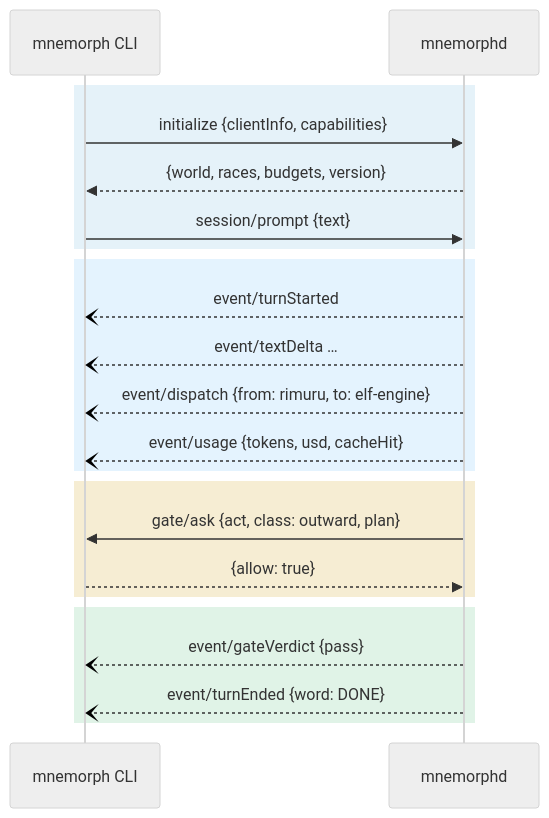
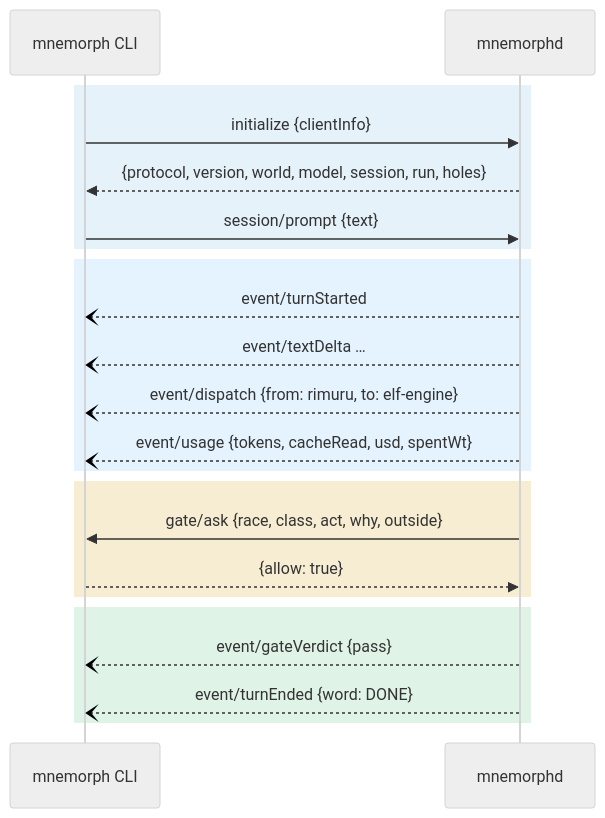
Before and after one commit to Kaginari/mnemorph: the fourth of 4 diagrams in docs/04-communication.md, drawn with Mermaid. The commit also changed other lines of this file and 3 other files, not shown here.

Commit message:
server: leaving releases the gate and drops the queue, the process ends on shutdown, seq in wire order, notifications unanswered, batches refused, a failed initialize can be retried

````diff
--- a/docs/04-communication.md
+++ b/docs/04-communication.md
@@ -258,31 +258,31 @@
 ```mermaid
 ---
 config:
   look: handDrawn
   theme: neutral
   flowchart:
     wrappingWidth: 360
 ---
 sequenceDiagram
     participant CLI as mnemorph CLI
     participant D as mnemorphd
     rect rgba(2,132,199,0.10)
-    CLI->>D: initialize {clientInfo, capabilities}
-    D-->>CLI: {world, races, budgets, version}
+    CLI->>D: initialize {clientInfo}
+    D-->>CLI: {protocol, version, world, model, session, run, holes}
     CLI->>D: session/prompt {text}
     end
     rect rgba(63,169,245,0.14)
     D--)CLI: event/turnStarted
     D--)CLI: event/textDelta …
     D--)CLI: event/dispatch {from: rimuru, to: elf-engine}
-    D--)CLI: event/usage {tokens, usd, cacheHit}
+    D--)CLI: event/usage {tokens, cacheRead, usd, spentWt}
     end
     rect rgba(212,175,55,0.22)
-    D->>CLI: gate/ask {act, class: outward, plan}
+    D->>CLI: gate/ask {race, class, act, why, outside}
     CLI-->>D: {allow: true}
     end
     rect rgba(22,163,74,0.13)
     D--)CLI: event/gateVerdict {pass}
     D--)CLI: event/turnEnded {word: DONE}
     end
 ```
````
